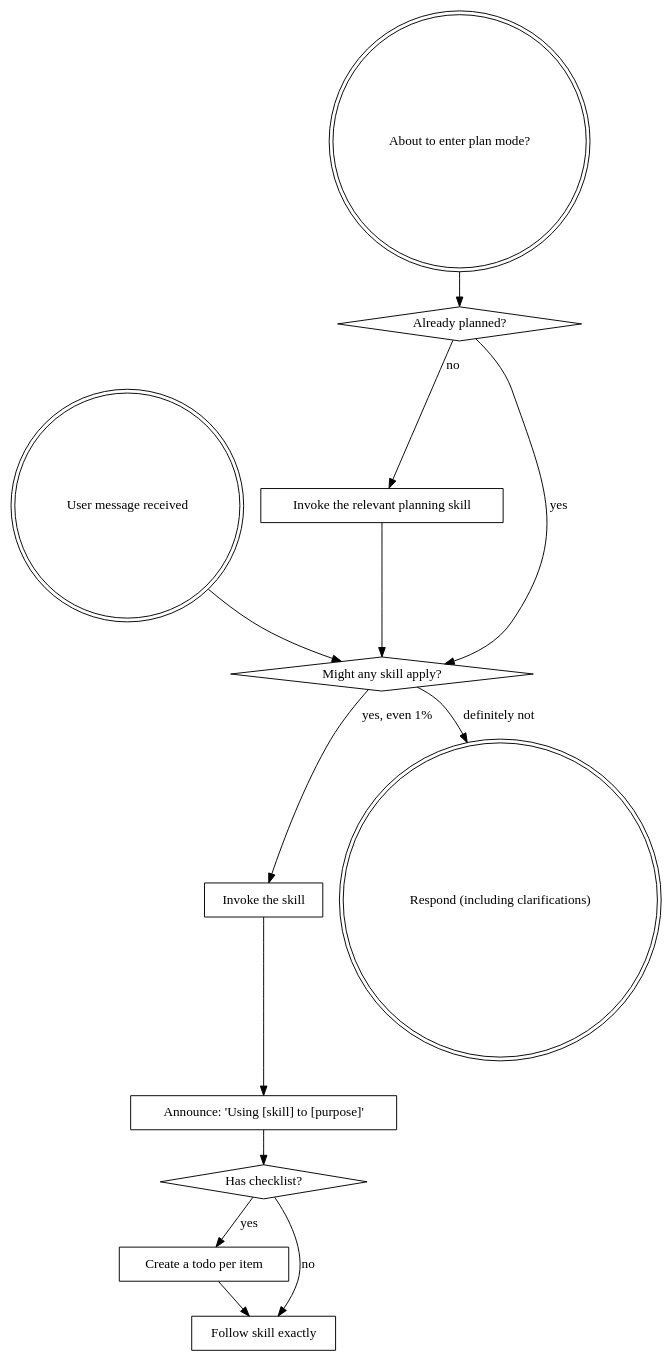
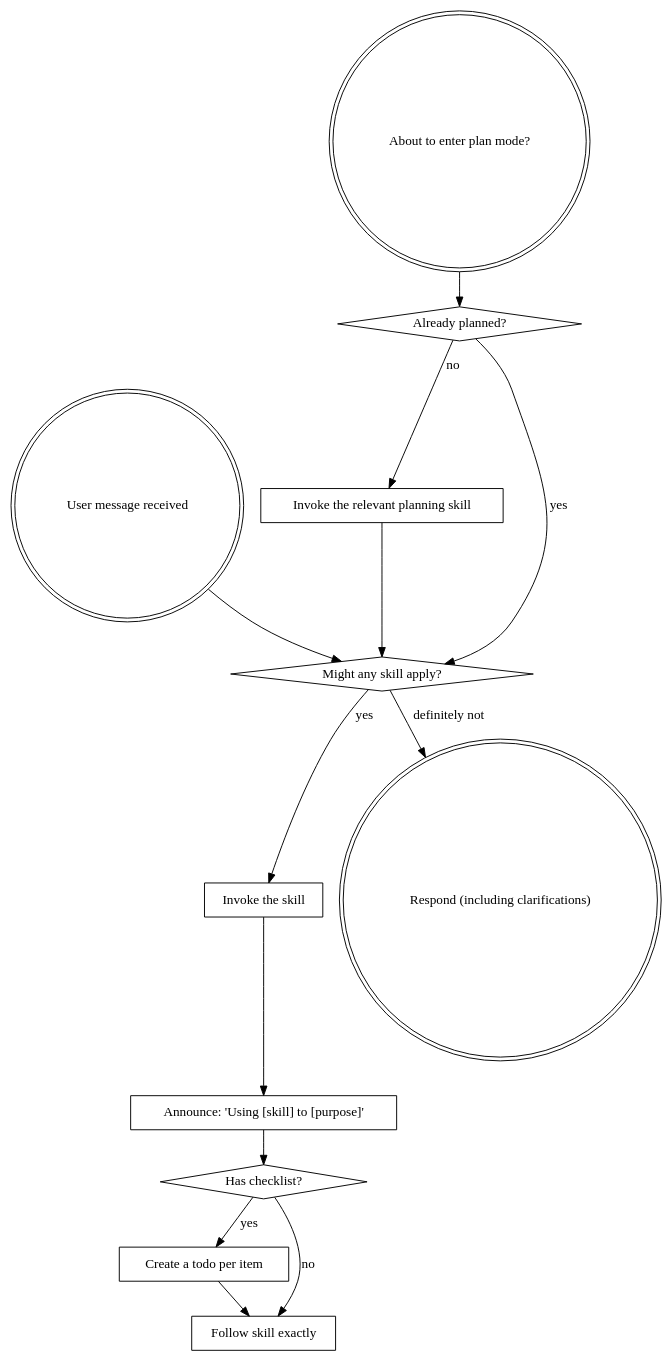
One commit to blueman82/coderails changed the diagram in packages/codex/skills/using-coderails/SKILL.md. Above: the diagram before and after it, drawn with Graphviz. The commit also changed other lines of this file and 19 other files, not shown here.

````diff
--- a/packages/codex/skills/using-coderails/SKILL.md
+++ b/packages/codex/skills/using-coderails/SKILL.md
@@ -44,29 +42,29 @@
 ```dot
 digraph skill_flow {
     "User message received" [shape=doublecircle];
     "About to enter plan mode?" [shape=doublecircle];
     "Already planned?" [shape=diamond];
     "Invoke the relevant planning skill" [shape=box];
     "Might any skill apply?" [shape=diamond];
     "Invoke the skill" [shape=box];
     "Announce: 'Using [skill] to [purpose]'" [shape=box];
     "Has checklist?" [shape=diamond];
     "Create a todo per item" [shape=box];
     "Follow skill exactly" [shape=box];
     "Respond (including clarifications)" [shape=doublecircle];
 
     "About to enter plan mode?" -> "Already planned?";
     "Already planned?" -> "Invoke the relevant planning skill" [label="no"];
     "Already planned?" -> "Might any skill apply?" [label="yes"];
     "Invoke the relevant planning skill" -> "Might any skill apply?";
 
     "User message received" -> "Might any skill apply?";
-    "Might any skill apply?" -> "Invoke the skill" [label="yes, even 1%"];
+    "Might any skill apply?" -> "Invoke the skill" [label="yes"];
     "Might any skill apply?" -> "Respond (including clarifications)" [label="definitely not"];
     "Invoke the skill" -> "Announce: 'Using [skill] to [purpose]'";
     "Announce: 'Using [skill] to [purpose]'" -> "Has checklist?";
     "Has checklist?" -> "Create a todo per item" [label="yes"];
     "Has checklist?" -> "Follow skill exactly" [label="no"];
     "Create a todo per item" -> "Follow skill exactly";
 }
 ```
````
